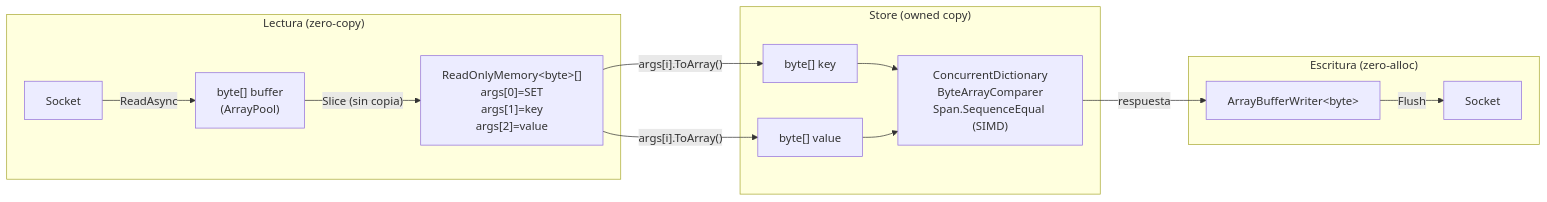
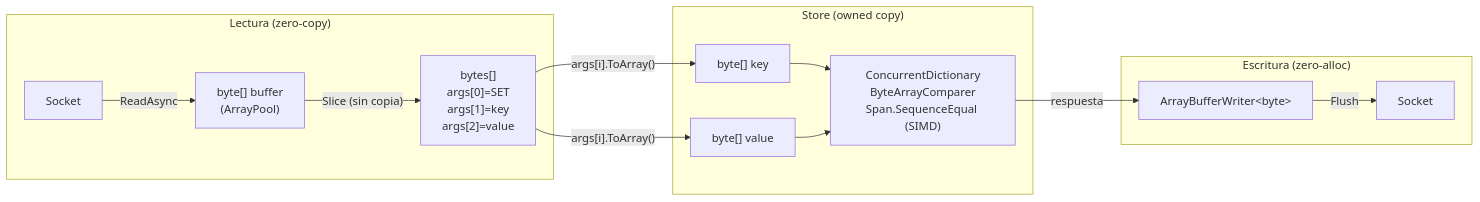
One commit to Alexander25470/keyval-memstore changed the fourth of 6 diagrams in ARCHITECTURE.md. Above: the diagram before and after it, drawn with Mermaid. The commit also changed other lines of this file and 1 other file, not shown here.

````diff
--- a/ARCHITECTURE.md
+++ b/ARCHITECTURE.md
@@ -189,19 +189,19 @@
 ```mermaid
 flowchart LR
     subgraph "Lectura (zero-copy)"
         S1[Socket] -->|ReadAsync| B1["byte[] buffer<br/>(ArrayPool)"]
-        B1 -->|"Slice (sin copia)"| M1["ReadOnlyMemory&lt;byte&gt;[]<br/>args[0]=SET<br/>args[1]=key<br/>args[2]=value"]
+        B1 -->|"Slice (sin copia)"| M1["bytes[]<br/>args[0]=SET<br/>args[1]=key<br/>args[2]=value"]
     end
 
     subgraph "Store (owned copy)"
         M1 -->|"args[i].ToArray()"| K["byte[] key"]
         M1 -->|"args[i].ToArray()"| V["byte[] value"]
         K --> CD["ConcurrentDictionary<br/>ByteArrayComparer<br/>Span.SequenceEqual (SIMD)"]
         V --> CD
     end
 
     subgraph "Escritura (zero-alloc)"
         CD -->|respuesta| AW["ArrayBufferWriter&lt;byte&gt;"]
         AW -->|"Flush"| S2[Socket]
     end
 ```
````
